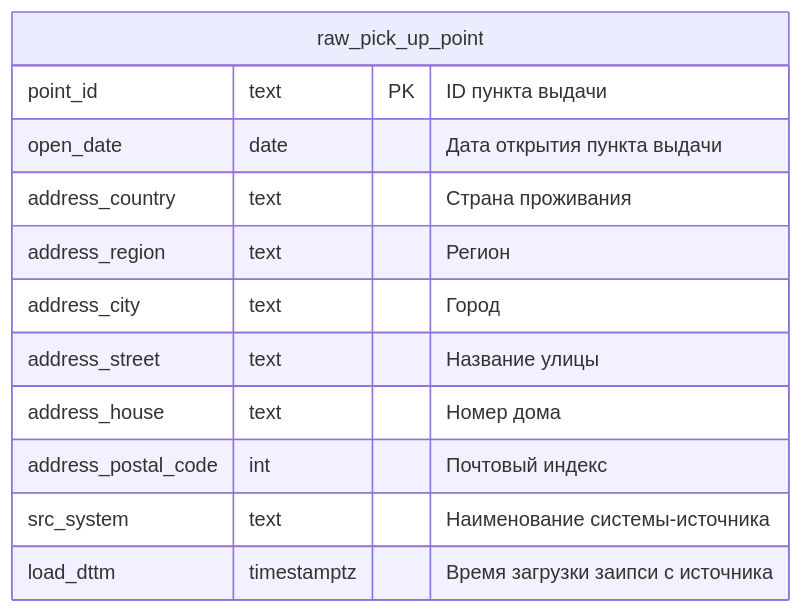
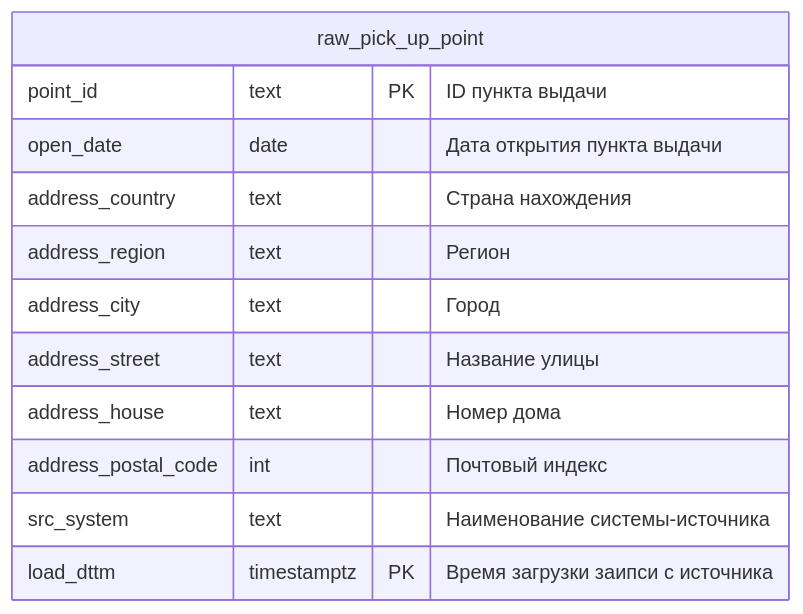
One commit to vgorbikov/dq-practice changed diagram 12 of 12 in docs/db_schema/Сырые данные.md. Above: the diagram before and after it, drawn with Mermaid. The commit also changed other lines of this file and 2 other files, not shown here.

Commit message:
fix db-schema

````diff
--- a/docs/db_schema/Сырые данные.md
+++ b/docs/db_schema/Сырые данные.md
@@ -202,17 +201,17 @@
 ```mermaid
 erDiagram
 
 raw_pick_up_point {
     point_id text PK "ID пункта выдачи"
     open_date date "Дата открытия пункта выдачи"
-    address_country text "Страна проживания"
+    address_country text "Страна нахождения"
     address_region text "Регион"
     address_city text "Город" 
     address_street text "Название улицы"
     address_house text "Номер дома"
     address_postal_code int "Почтовый индекс"
     src_system text "Наименование системы-источника"
-    load_dttm timestamptz "Время загрузки заипси с источника"
+    load_dttm timestamptz PK "Время загрузки заипси с источника"
 }
 
 ```
````
